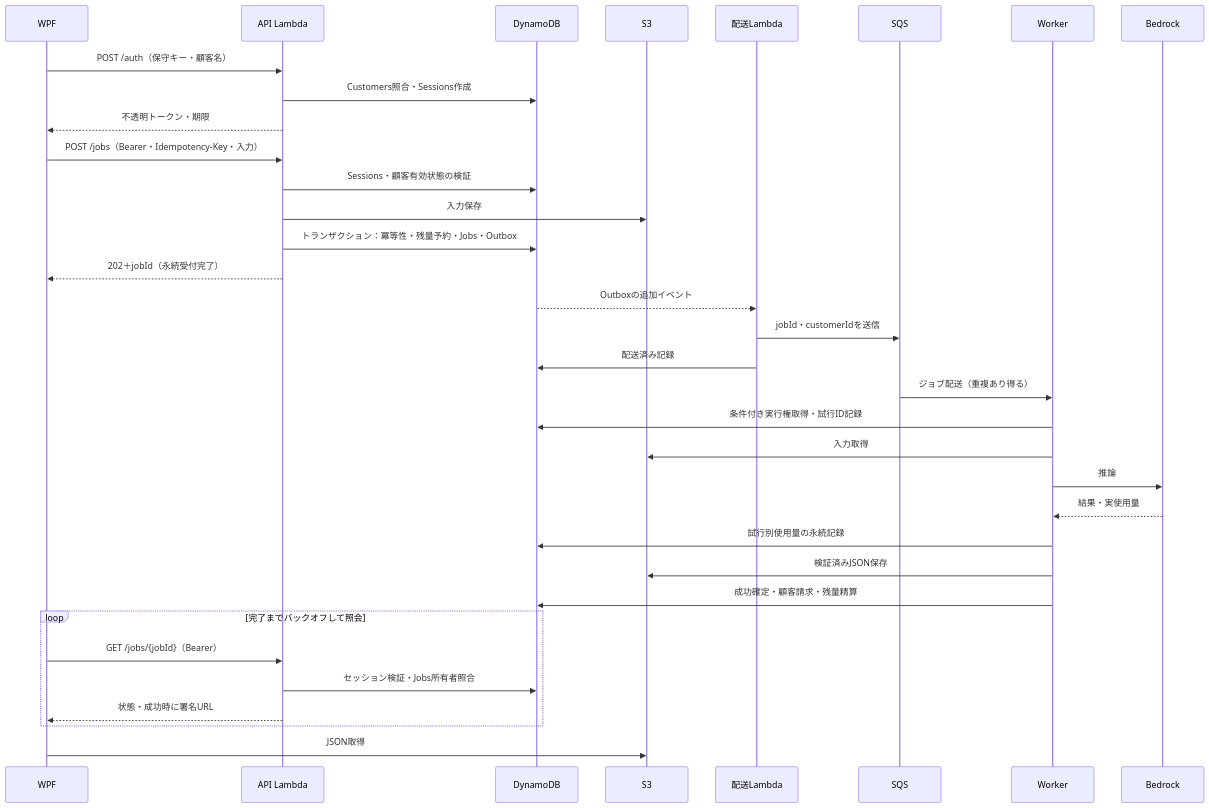
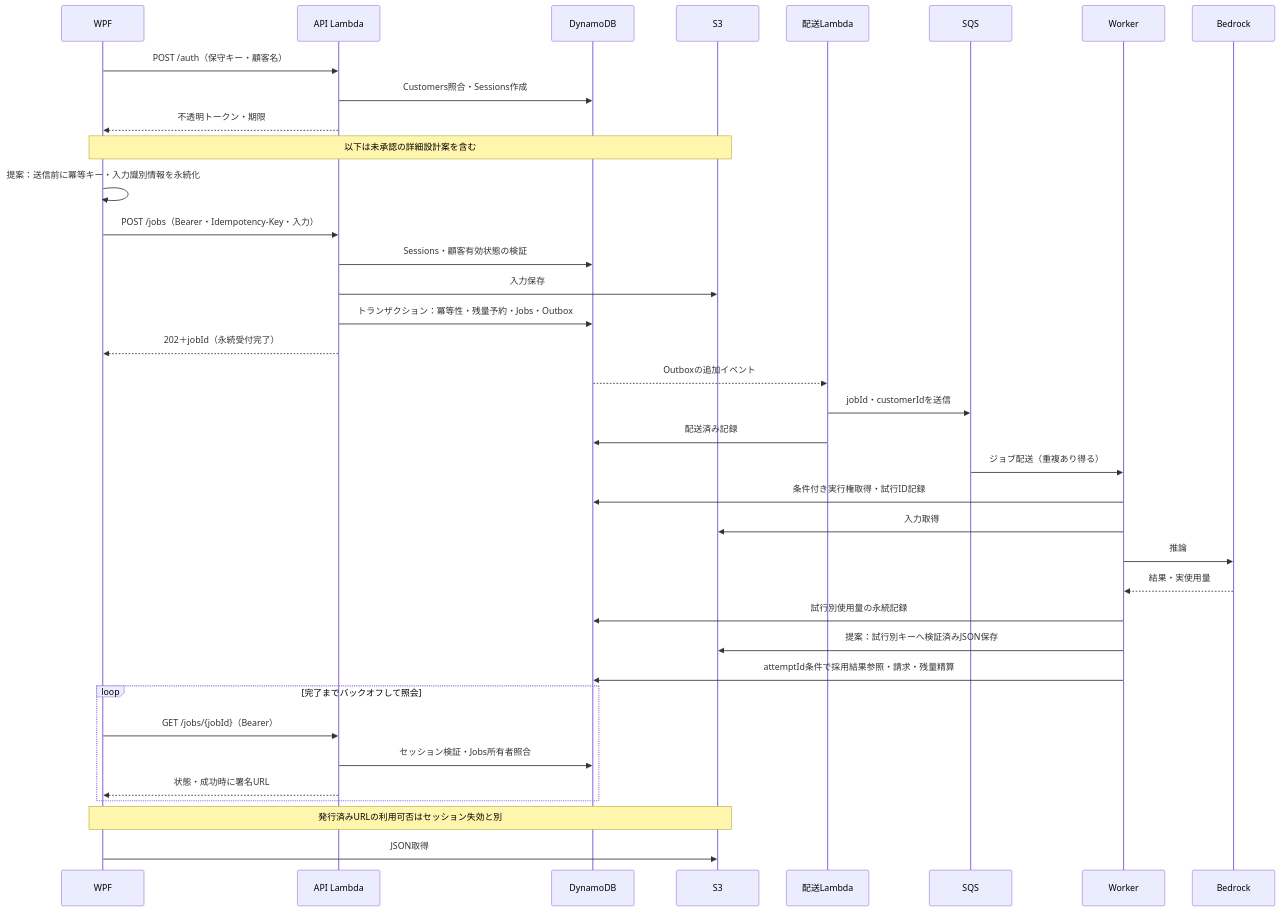
One commit to knmo000-tech/awsMemo changed the second of 2 diagrams in docs/current/構成設計.md. Above: the diagram before and after it, drawn with Mermaid. The commit also changed other lines of this file and 6 other files, not shown here.

````diff
--- a/docs/current/構成設計.md
+++ b/docs/current/構成設計.md
@@ -104,36 +104,39 @@
 ```mermaid
 sequenceDiagram
   participant C as WPF
   participant A as API Lambda
   participant D as DynamoDB
   participant S as S3
   participant R as 配送Lambda
   participant Q as SQS
   participant W as Worker
   participant B as Bedrock
   C->>A: POST /auth（保守キー・顧客名）
   A->>D: Customers照合・Sessions作成
   A-->>C: 不透明トークン・期限
+  Note over C,S: 以下は未承認の詳細設計案を含む
+  C->>C: 提案：送信前に冪等キー・入力識別情報を永続化
   C->>A: POST /jobs（Bearer・Idempotency-Key・入力）
   A->>D: Sessions・顧客有効状態の検証
   A->>S: 入力保存
   A->>D: トランザクション：冪等性・残量予約・Jobs・Outbox
   A-->>C: 202＋jobId（永続受付完了）
   D-->>R: Outboxの追加イベント
   R->>Q: jobId・customerIdを送信
   R->>D: 配送済み記録
   Q->>W: ジョブ配送（重複あり得る）
   W->>D: 条件付き実行権取得・試行ID記録
   W->>S: 入力取得
   W->>B: 推論
   B-->>W: 結果・実使用量
   W->>D: 試行別使用量の永続記録
-  W->>S: 検証済みJSON保存
-  W->>D: 成功確定・顧客請求・残量精算
+  W->>S: 提案：試行別キーへ検証済みJSON保存
+  W->>D: attemptId条件で採用結果参照・請求・残量精算
   loop 完了までバックオフして照会
     C->>A: GET /jobs/{jobId}（Bearer）
     A->>D: セッション検証・Jobs所有者照合
     A-->>C: 状態・成功時に署名URL
   end
+  Note over C,S: 発行済みURLの利用可否はセッション失効と別
   C->>S: JSON取得
 ```
````
